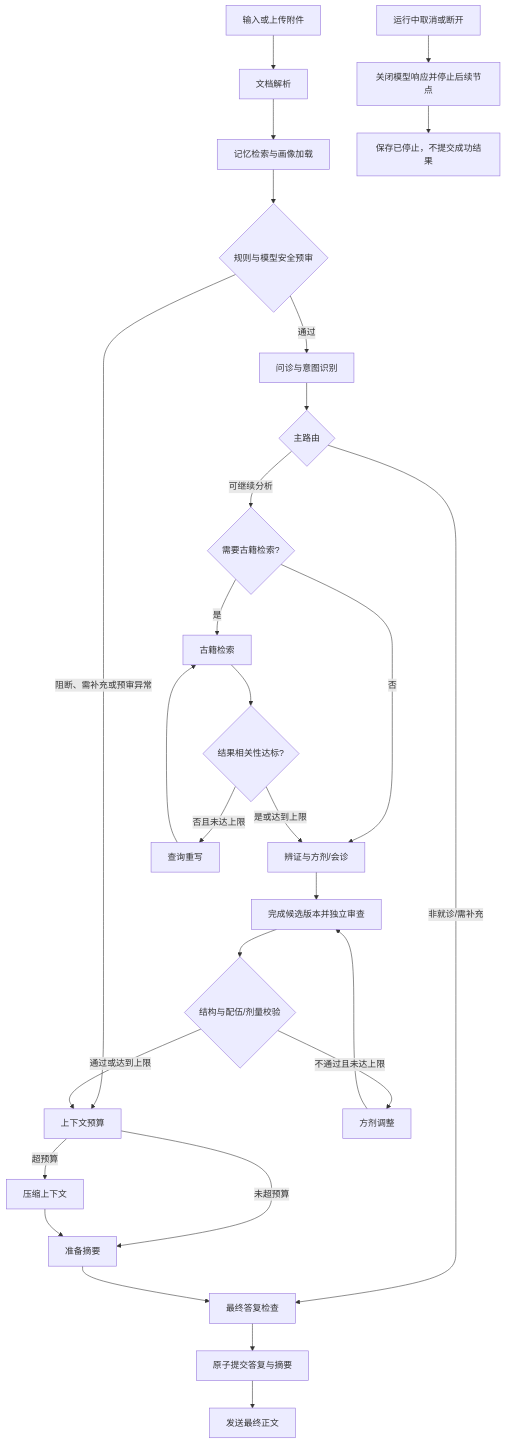
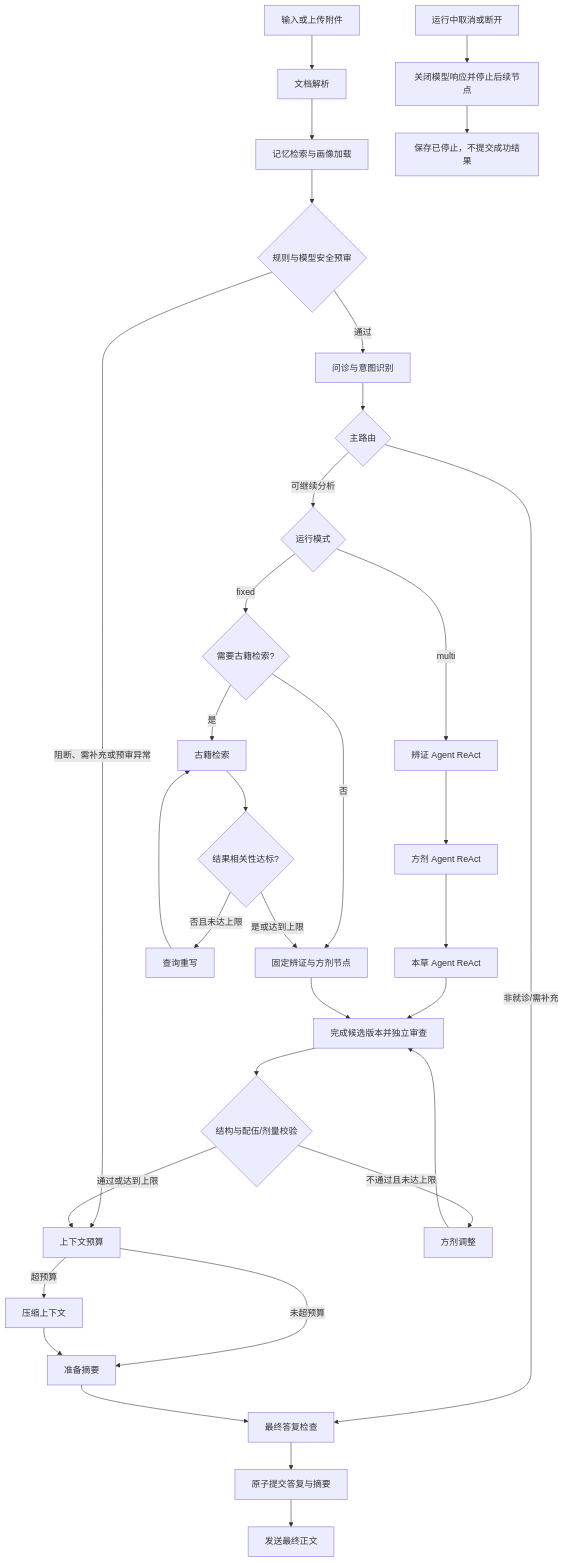
Before and after one commit to fancyncc/QiWen: the diagram in docs/问答流程.md, drawn with Mermaid. The commit also changed other lines of this file and 17 other files, not shown here.

Commit message:
improve multi-agent

````diff
--- a/docs/问答流程.md
+++ b/docs/问答流程.md
@@ -17,30 +17,35 @@
 ```mermaid
 flowchart TD
     A[输入或上传附件] --> B[文档解析]
     B --> C[记忆检索与画像加载]
     C --> D{规则与模型安全预审}
     D -->|阻断、需补充或预审异常| O[上下文预算]
     D -->|通过| E[问诊与意图识别]
     E --> F{主路由}
     F -->|非就诊/需补充| Z[最终答复检查]
-    F -->|可继续分析| G{需要古籍检索?}
-    G -->|否| K[辨证与方剂/会诊]
-    G -->|是| H[古籍检索]
+    F -->|可继续分析| G{运行模式}
+    G -->|fixed| K{需要古籍检索?}
+    G -->|multi| X[辨证 Agent ReAct]
+    K -->|否| W[固定辨证与方剂节点]
+    K -->|是| H[古籍检索]
     H --> I{结果相关性达标?}
     I -->|否且未达上限| J[查询重写]
     J --> H
-    I -->|是或达到上限| K
-    K --> W[完成候选版本并独立审查]
-    W --> L{结构与配伍/剂量校验}
+    I -->|是或达到上限| W
+    X --> Y[方剂 Agent ReAct]
+    Y --> AA[本草 Agent ReAct]
+    AA --> AB[完成候选版本并独立审查]
+    W --> AB
+    AB --> L{结构与配伍/剂量校验}
     L -->|不通过且未达上限| M[方剂调整]
-    M --> W
+    M --> AB
     L -->|通过或达到上限| O
     O -->|超预算| P[压缩上下文]
     O -->|未超预算| Q[准备摘要]
     P --> Q
     Q --> Z
     Z --> R[原子提交答复与摘要]
     R --> S[发送最终正文]
     T[运行中取消或断开] --> U[关闭模型响应并停止后续节点]
     U --> V[保存已停止，不提交成功结果]
 ```
````
